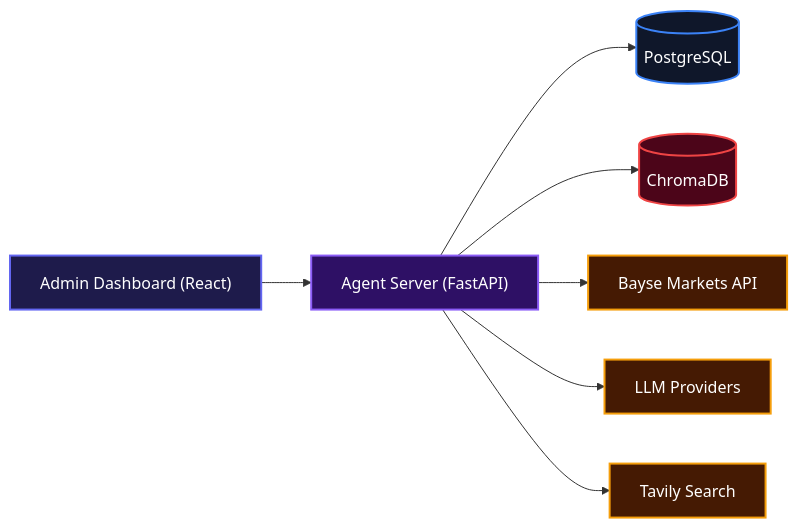
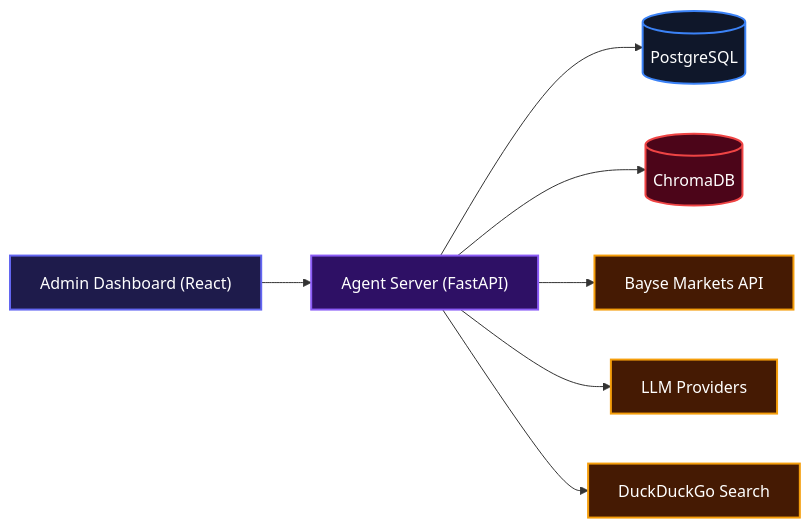
Before and after one commit to abeenoch/agentBayse: the first of 3 diagrams in README.md, drawn with Mermaid. The commit also changed other lines of this file and 33 other files, not shown here.

First line of the commit message:
feat: signal outcome tracking, take-profit scanner, Bayes training pipeline, DuckDuckGo search

````diff
--- a/README.md
+++ b/README.md
@@ -10,25 +10,25 @@
 ```mermaid
 flowchart LR
     Dashboard["Admin Dashboard (React)"]
     Server["Agent Server (FastAPI)"]
     Postgres[("PostgreSQL")]
     Chroma[("ChromaDB")]
     BayseAPI["Bayse Markets API"]
     LLM["LLM Providers"]
-    Tavily["Tavily Search"]
+    Search["DuckDuckGo Search"]
 
     Dashboard --> Server
     Server --> Postgres
     Server --> Chroma
     Server --> BayseAPI
     Server --> LLM
-    Server --> Tavily
+    Server --> Search
 
     style Dashboard fill:#1e1b4b,stroke:#6366f1,stroke-width:2px,color:#fff
     style Server fill:#2e1065,stroke:#8b5cf6,stroke-width:2px,color:#fff
     style Postgres fill:#0f172a,stroke:#3b82f6,stroke-width:2px,color:#fff
     style Chroma fill:#4c0519,stroke:#ef4444,stroke-width:2px,color:#fff
     style BayseAPI fill:#451a03,stroke:#f59e0b,stroke-width:2px,color:#fff
     style LLM fill:#451a03,stroke:#f59e0b,stroke-width:2px,color:#fff
-    style Tavily fill:#451a03,stroke:#f59e0b,stroke-width:2px,color:#fff
+    style Search fill:#451a03,stroke:#f59e0b,stroke-width:2px,color:#fff
 ```
````
